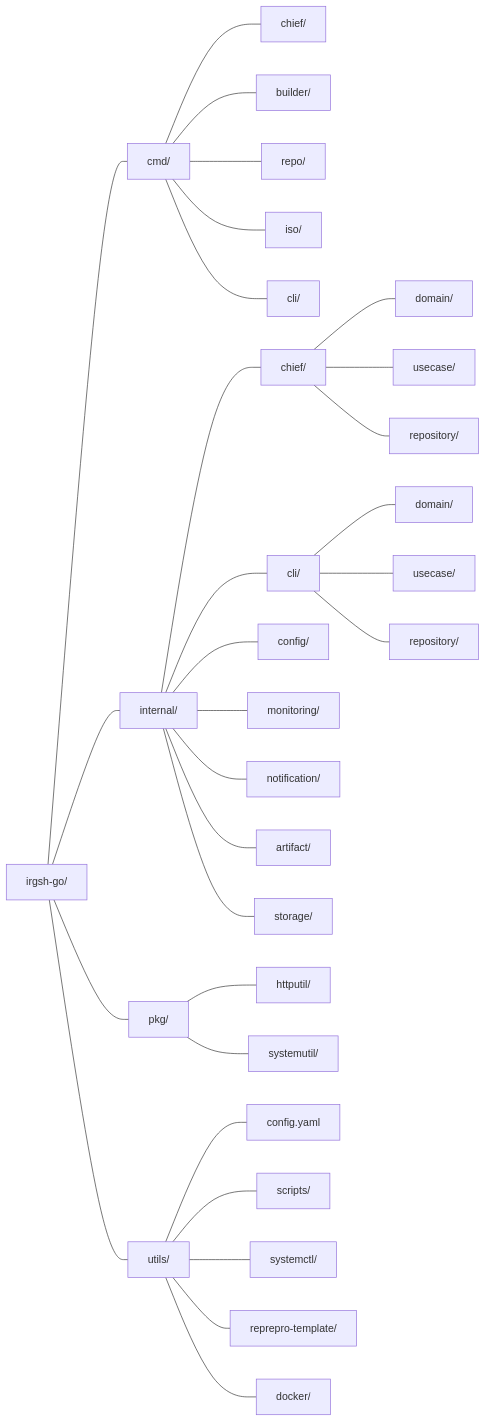
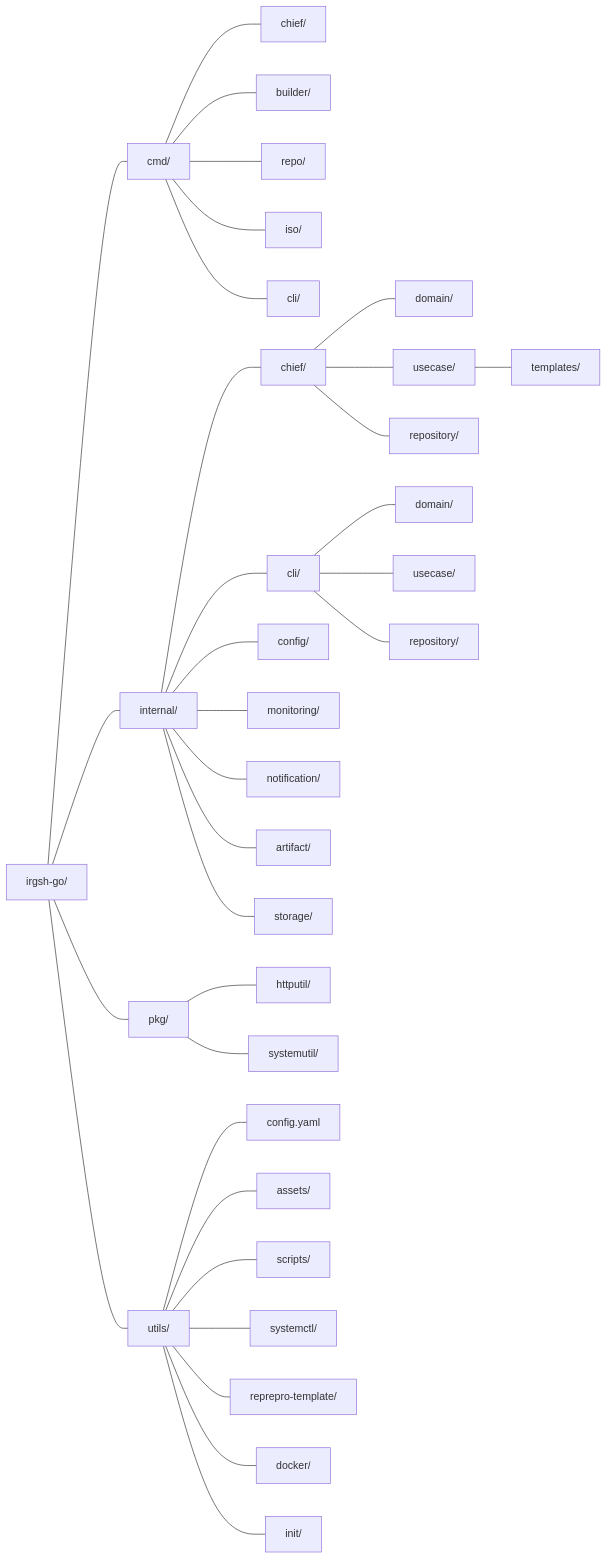
Before and after one commit to BlankOn/irgsh-go: the second of 2 diagrams in AGENTS.md, drawn with Mermaid. The commit also changed other lines of this file and 5 other files, not shown here.

````diff
--- a/AGENTS.md
+++ b/AGENTS.md
@@ -36,38 +36,42 @@
 ```mermaid
 graph LR
     root["irgsh-go/"] --- cmd["cmd/"]
     root --- internal["internal/"]
     root --- pkg["pkg/"]
     root --- utils["utils/"]
 
     cmd --- cmd_chief["chief/"]
     cmd --- cmd_builder["builder/"]
     cmd --- cmd_repo["repo/"]
     cmd --- cmd_iso["iso/"]
     cmd --- cmd_cli["cli/"]
 
     internal --- chief["chief/"]
     internal --- cli["cli/"]
     internal --- config["config/"]
     internal --- monitoring["monitoring/"]
     internal --- notification["notification/"]
     internal --- artifact["artifact/"]
     internal --- storage["storage/"]
 
     chief --- chief_domain["domain/"]
     chief --- chief_usecase["usecase/"]
     chief --- chief_repo["repository/"]
 
+    chief_usecase --- chief_templates["templates/"]
+
     cli --- cli_domain["domain/"]
     cli --- cli_usecase["usecase/"]
     cli --- cli_repo["repository/"]
 
     pkg --- httputil["httputil/"]
     pkg --- systemutil["systemutil/"]
 
     utils --- config_yaml["config.yaml"]
+    utils --- assets["assets/"]
     utils --- scripts["scripts/"]
     utils --- systemctl["systemctl/"]
     utils --- reprepro["reprepro-template/"]
     utils --- docker["docker/"]
+    utils --- init_dir["init/"]
 ```
````
